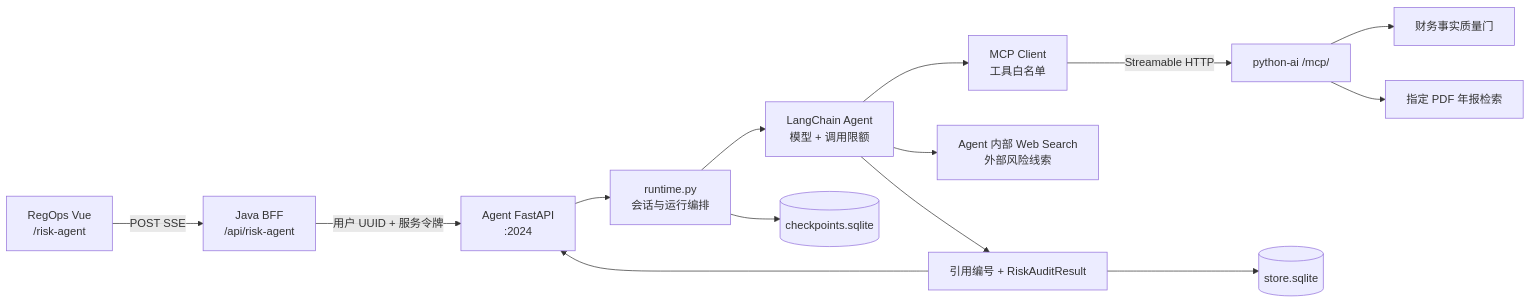
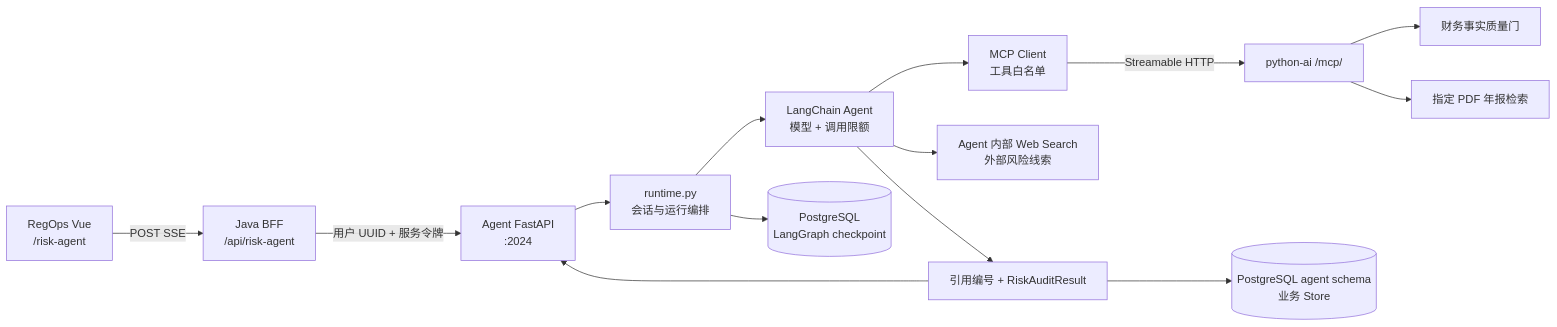
Before and after one commit to WWBQ/regops_copilot: the diagram in financial-risk-audit-assistant/README.md, drawn with Mermaid. The commit also changed other lines of this file and 133 other files, not shown here.

````diff
--- a/financial-risk-audit-assistant/README.md
+++ b/financial-risk-audit-assistant/README.md
@@ -36,16 +36,16 @@
 ```mermaid
 flowchart LR
     WEB[RegOps Vue<br/>/risk-agent] -->|POST SSE| JAVA[Java BFF<br/>/api/risk-agent]
     JAVA -->|用户 UUID + 服务令牌| API[Agent FastAPI<br/>:2024]
     API --> RUNTIME[runtime.py<br/>会话与运行编排]
     RUNTIME --> GRAPH[LangChain Agent<br/>模型 + 调用限额]
     GRAPH --> CLIENT[MCP Client<br/>工具白名单]
     GRAPH --> WEBSEARCH[Agent 内部 Web Search<br/>外部风险线索]
     CLIENT -->|Streamable HTTP| MCP[python-ai /mcp/]
     MCP --> FACTS[财务事实质量门]
     MCP --> RAG[指定 PDF 年报检索]
     GRAPH --> RESULT[引用编号 + RiskAuditResult]
-    RUNTIME --> CP[(checkpoints.sqlite)]
-    RESULT --> STORE[(store.sqlite)]
+    RUNTIME --> CP[(PostgreSQL<br/>LangGraph checkpoint)]
+    RESULT --> STORE[(PostgreSQL agent schema<br/>业务 Store)]
     RESULT --> API
 ```
````
